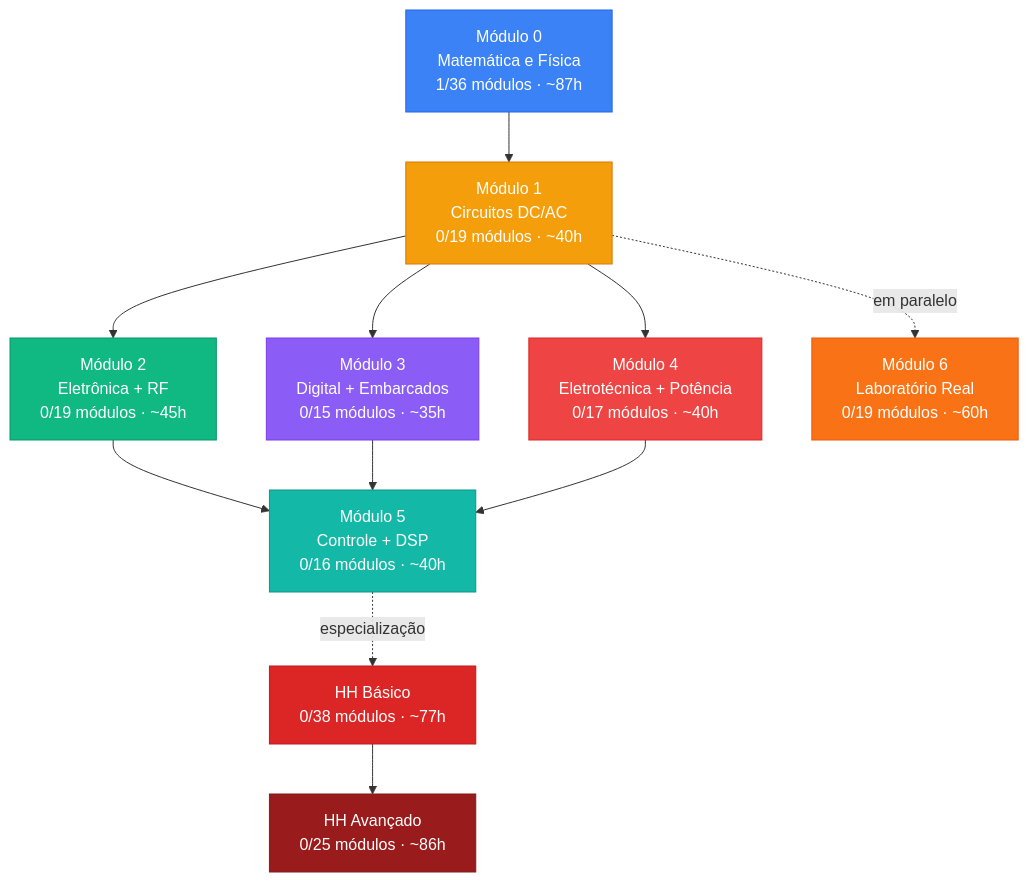
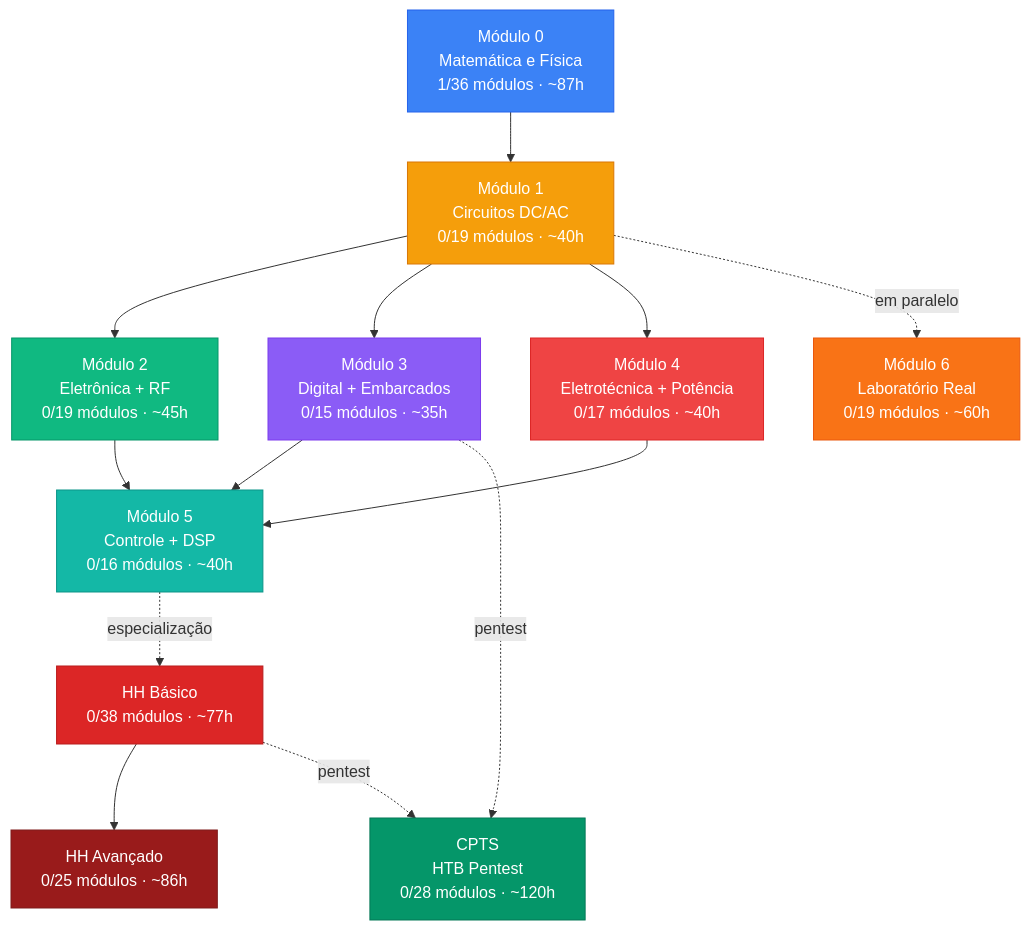
Before and after one commit to webtraveler-br/EE-and-hardware-hacking: the diagram in README.md, drawn with Mermaid. The commit also changed other lines of this file and 14 other files, not shown here.

````diff
--- a/README.md
+++ b/README.md
@@ -28,29 +28,31 @@
 ```mermaid
 graph TD
     P0["Módulo 0<br/>Matemática e Física<br/>1/36 módulos · ~87h"]
     P1["Módulo 1<br/>Circuitos DC/AC<br/>0/19 módulos · ~40h"]
     P2["Módulo 2<br/>Eletrônica + RF<br/>0/19 módulos · ~45h"]
     P3["Módulo 3<br/>Digital + Embarcados<br/>0/15 módulos · ~35h"]
     P4["Módulo 4<br/>Eletrotécnica + Potência<br/>0/17 módulos · ~40h"]
     P5["Módulo 5<br/>Controle + DSP<br/>0/16 módulos · ~40h"]
     LAB["Módulo 6<br/>Laboratório Real<br/>0/19 módulos · ~60h"]
     HHB["HH Básico<br/>0/38 módulos · ~77h"]
     HHA["HH Avançado<br/>0/25 módulos · ~86h"]
 
     P0 --> P1
     P1 --> P2 & P3 & P4
     P2 & P3 & P4 --> P5
     P1 -.->|em paralelo| LAB
     P5 -.->|especialização| HHB
     HHB --> HHA
+    P3 & HHB -.->|pentest| CPTS["CPTS<br/>HTB Pentest<br/>0/28 módulos · ~120h"]
 
     style P0 fill:#3b82f6,color:#fff,stroke:#2563eb
+    style CPTS fill:#059669,color:#fff,stroke:#047857
     style P1 fill:#f59e0b,color:#fff,stroke:#d97706
     style P2 fill:#10b981,color:#fff,stroke:#059669
     style P3 fill:#8b5cf6,color:#fff,stroke:#7c3aed
     style P4 fill:#ef4444,color:#fff,stroke:#dc2626
     style P5 fill:#14b8a6,color:#fff,stroke:#0d9488
     style LAB fill:#f97316,color:#fff,stroke:#ea580c
     style HHB fill:#dc2626,color:#fff,stroke:#b91c1c
     style HHA fill:#991b1b,color:#fff,stroke:#7f1d1d
 ```
````
